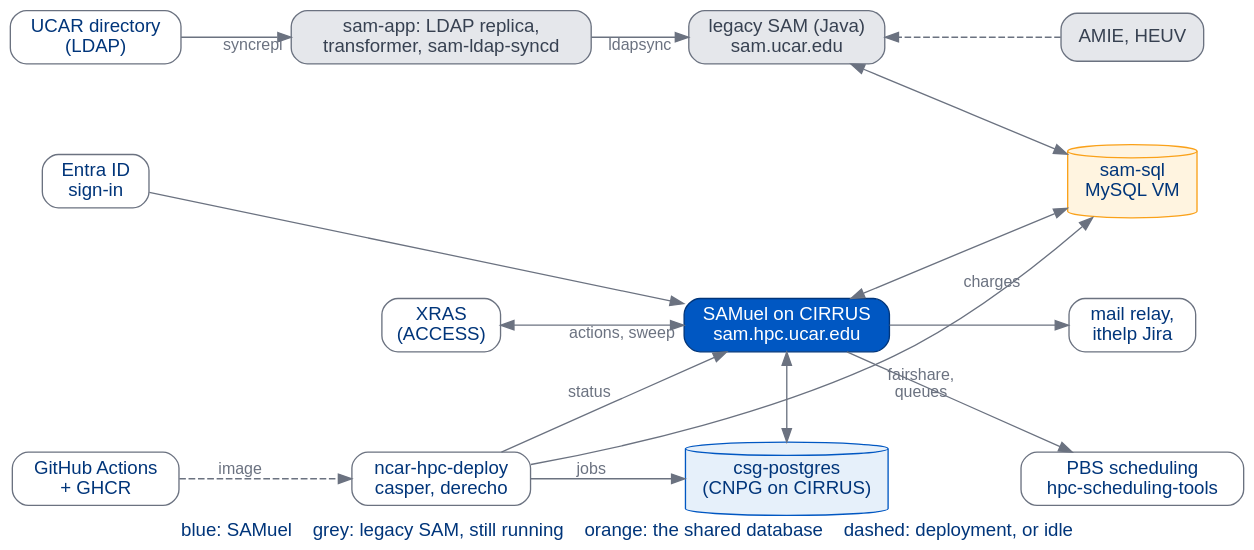
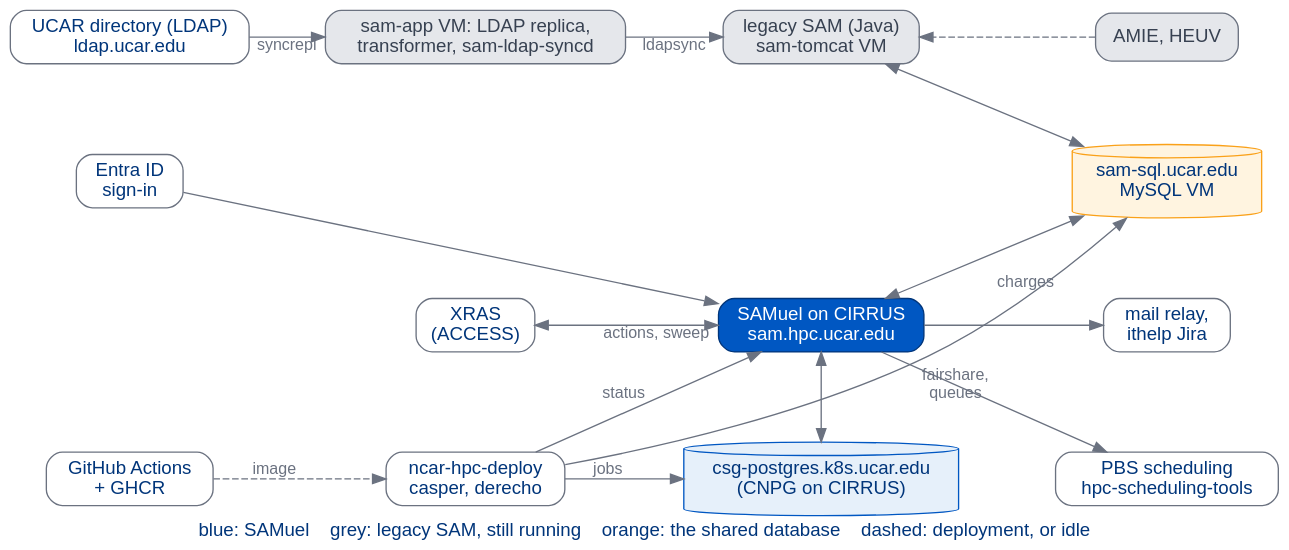
Before and after one commit to benkirk/quarto-docs-framework: the first of 6 diagrams in docs/samuel/_4-systems.qmd, drawn with Graphviz. The commit also changed other lines of this file, not shown here.

Commit message:
samuel: Part 4's neighborhood map names its hosts
Ben's corrections: the UCAR directory is ldap.ucar.edu, and sam-app is a VM holding the LDAP
replica, the transformer and sam-ldap-syncd. Legacy SAM runs on the sam-tomcat VM (sam.ucar.edu
is its address, now only in the notes). MySQL is the sam-sql.ucar.edu VM, and the CNPG cluster is
csg-postgres.k8s.ucar.edu. The notes list the three legacy-side VMs.

`make -C docs/samuel qa DECKS=4-systems`: ok. Checked by eye in HTML and PDF.

Claude-Session: https://claude.ai/code/session_011k25PSHgyd7csFqhCGqXuL

````diff
--- a/docs/samuel/_4-systems.qmd
+++ b/docs/samuel/_4-systems.qmd
@@ -14,49 +15,49 @@
 ```{dot}
 //| fig-width: 10
 digraph Map {
   graph [layout=neato, splines=true, bgcolor="transparent",
          fontname="Helvetica", fontsize=14, fontcolor="#00357A",
          label="blue: SAMuel    grey: legacy SAM, still running    orange: the shared database    dashed: deployment, or idle",
          labelloc=b];
   node  [shape=box, style="rounded,filled", fontname="Helvetica", fontsize=14,
          fillcolor="#FFFFFF", color="#6B7280", fontcolor="#00357A", margin="0.15,0.07"];
   edge  [fontname="Helvetica", fontsize=12, color="#6B7280", fontcolor="#6B7280"];
 
-  dir     [label="UCAR directory\n(LDAP)", pos="0,4.2!"];
-  helpers [label="sam-app: LDAP replica,\ntransformer, sam-ldap-syncd", pos="3.6,4.2!",
+  dir     [label="UCAR directory (LDAP)\nldap.ucar.edu", pos="0,4.2!"];
+  helpers [label="sam-app VM: LDAP replica,\ntransformer, sam-ldap-syncd", pos="3.6,4.2!",
            fillcolor="#E5E7EB", fontcolor="#374151"];
-  tomcat  [label="legacy SAM (Java)\nsam.ucar.edu", pos="7.2,4.2!",
+  tomcat  [label="legacy SAM (Java)\nsam-tomcat VM", pos="7.2,4.2!",
            fillcolor="#E5E7EB", fontcolor="#374151"];
   other   [label="AMIE, HEUV", pos="10.8,4.2!", fillcolor="#E5E7EB", fontcolor="#374151"];
 
   entra   [label="Entra ID\nsign-in", pos="0,2.7!"];
-  sql     [label="sam-sql\nMySQL VM", pos="10.8,2.7!", shape=cylinder,
+  sql     [label="sam-sql.ucar.edu\nMySQL VM", pos="10.8,2.7!", shape=cylinder,
            fillcolor="#FFF4E0", color="#FAA119"];
 
   xras    [label="XRAS\n(ACCESS)", pos="3.6,1.2!"];
   samuel  [label="SAMuel on CIRRUS\nsam.hpc.ucar.edu", pos="7.2,1.2!",
            fillcolor="#0057C2", color="#00357A", fontcolor="#FFFFFF"];
   mail    [label="mail relay,\nithelp Jira", pos="10.8,1.2!"];
 
   gh      [label="GitHub Actions\n+ GHCR", pos="0,-0.4!"];
   lanes   [label="ncar-hpc-deploy\ncasper, derecho", pos="3.6,-0.4!"];
-  pg      [label="csg-postgres\n(CNPG on CIRRUS)", pos="7.2,-0.4!", shape=cylinder,
+  pg      [label="csg-postgres.k8s.ucar.edu\n(CNPG on CIRRUS)", pos="7.2,-0.4!", shape=cylinder,
            fillcolor="#E6F0FA", color="#0057C2"];
   pbs     [label="PBS scheduling\nhpc-scheduling-tools", pos="10.8,-0.4!"];
 
   dir -> helpers [label="syncrepl"];
   helpers -> tomcat [label="ldapsync"];
   other -> tomcat [style=dashed];
   tomcat -> sql [dir=both];
   samuel -> sql [dir=both];
   entra -> samuel;
   samuel -> mail;
   xras -> samuel [dir=both, label="actions, sweep"];
   samuel -> pg [dir=both];
   samuel -> pbs [label="fairshare,\nqueues"];
   lanes -> samuel [label="status"];
   lanes -> pg [label="jobs"];
   lanes -> sql [headlabel="charges", labeldistance=9, labelangle=-8];
   gh -> lanes [style=dashed, label="image"];
 }
 ```
````
